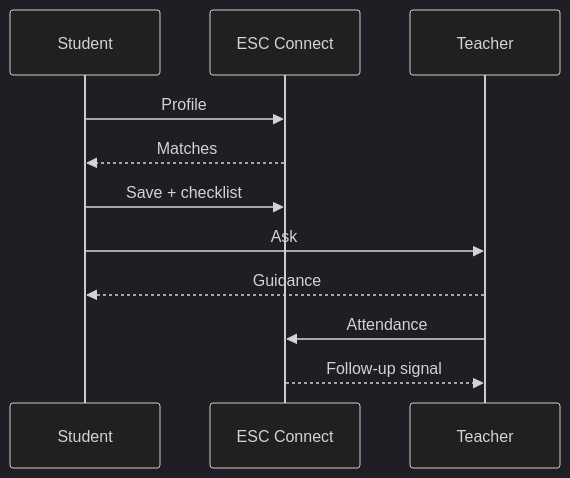
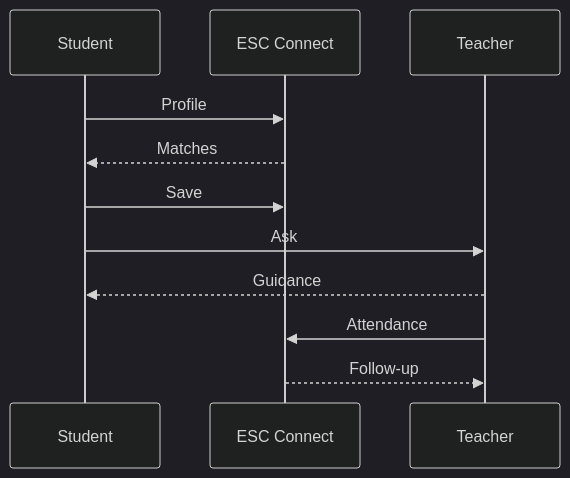
The fifth of 12 diagrams in README.md (mahik2007/hackathon), drawn with Mermaid (dark theme) before and after one commit. The commit also changed other lines of this file, not shown here.

````diff
--- a/README.md
+++ b/README.md
@@ -58,14 +73,13 @@
-``` mermaid
+```mermaid
 sequenceDiagram
-    participant P as Student
+    participant S as Student
     participant E as ESC Connect
     participant T as Teacher
-
-    P->>E: Profile
-    E-->>P: Matches
-    P->>E: Save + checklist
-    P->>T: Ask
-    T-->>P: Guidance
+    S->>E: Profile
+    E-->>S: Matches
+    S->>E: Save
+    S->>T: Ask
+    T-->>S: Guidance
     T->>E: Attendance
-    E-->>T: Follow-up signal
+    E-->>T: Follow-up
 ```
````
